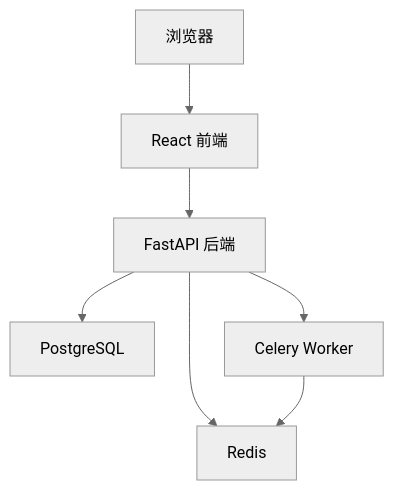
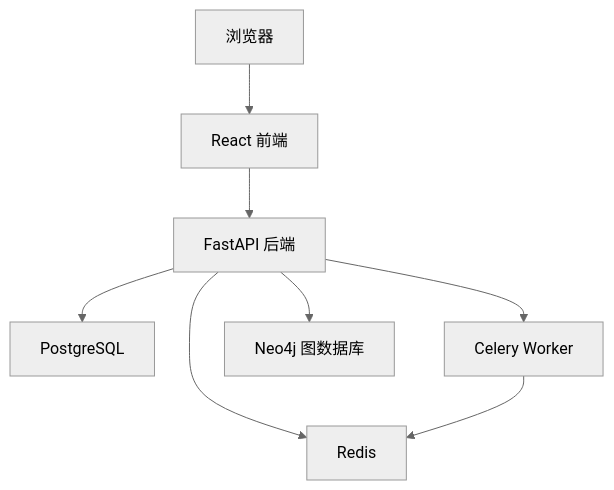
Before and after one commit to xfbyxq/ai-novel-system: diagram 14 of 15 in .qoder/repowiki/zh/content/项目概述/项目概述.md, drawn with Mermaid (neutral theme). The commit also changed other lines of this file and 9 other files, not shown here.

First line of the commit message:
feat(core): 完善v2.1.0版本，新增Neo4j图数据库及多项智能功能

````diff
--- a/.qoder/repowiki/zh/content/项目概述/项目概述.md
+++ b/.qoder/repowiki/zh/content/项目概述/项目概述.md
@@ -355,9 +656,10 @@
 ```mermaid
 graph TB
 Browser["浏览器"] --> ReactFE["React 前端"]
 ReactFE --> FastAPI["FastAPI 后端"]
 FastAPI --> Postgres["PostgreSQL"]
 FastAPI --> Redis["Redis"]
 FastAPI --> Celery["Celery Worker"]
 Celery --> Redis
+FastAPI --> Neo4j["Neo4j 图数据库"]
 ```
````
